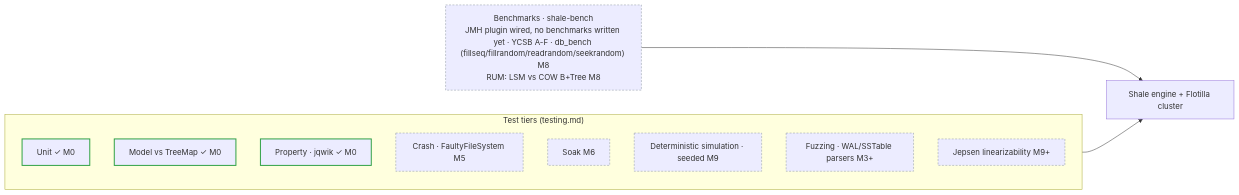
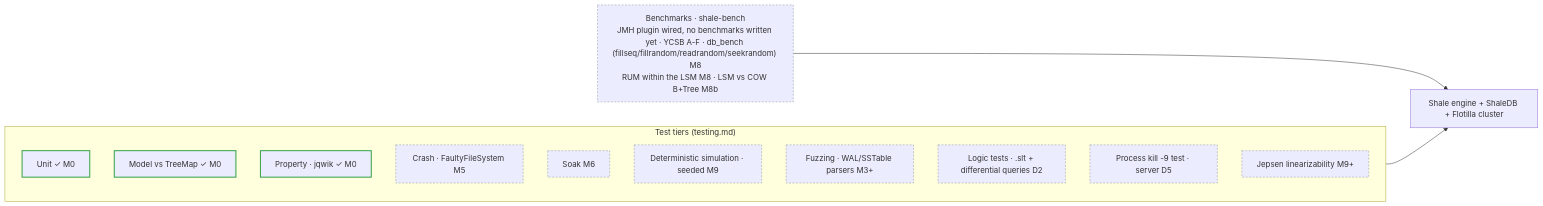
Before and after one commit to rahul-j0shi/shale: the fifth of 5 diagrams in documentation/architecture/project-scope.md, drawn with Mermaid. The commit also changed other lines of this file and 2 other files, not shown here.

First line of the commit message:
docs(docs): point the README, doc map and scope diagrams at the plan

````diff
--- a/documentation/architecture/project-scope.md
+++ b/documentation/architecture/project-scope.md
@@ -170,20 +221,22 @@
 ```mermaid
 flowchart LR
   subgraph tiers["Test tiers (testing.md)"]
     unit["Unit ✓ M0"]:::done
     modelt["Model vs TreeMap ✓ M0"]:::done
     prop["Property · jqwik ✓ M0"]:::done
     crash["Crash · FaultyFileSystem M5"]:::plan
     soak["Soak M6"]:::plan
     dst["Deterministic simulation · seeded M9"]:::plan
     fuzz["Fuzzing · WAL/SSTable parsers M3+"]:::plan
+    logic["Logic tests · .slt + differential queries D2"]:::plan
+    kill["Process kill -9 test · server D5"]:::plan
     jep["Jepsen linearizability M9+"]:::plan
   end
-  bench["Benchmarks · shale-bench<br/>JMH plugin wired, no benchmarks written yet · YCSB A-F · db_bench (fillseq/fillrandom/readrandom/seekrandom) M8<br/>RUM: LSM vs COW B+Tree M8"]:::plan
-  target["Shale engine + Flotilla cluster"]
+  bench["Benchmarks · shale-bench<br/>JMH plugin wired, no benchmarks written yet · YCSB A-F · db_bench (fillseq/fillrandom/readrandom/seekrandom) M8<br/>RUM within the LSM M8 · LSM vs COW B+Tree M8b"]:::plan
+  target["Shale engine + ShaleDB + Flotilla cluster"]
   tiers --> target
   bench --> target
 
   classDef done stroke:#2ea043,stroke-width:2px;
   classDef plan stroke:#8b949e,stroke-width:1px,stroke-dasharray:4 3;
 ```
````
